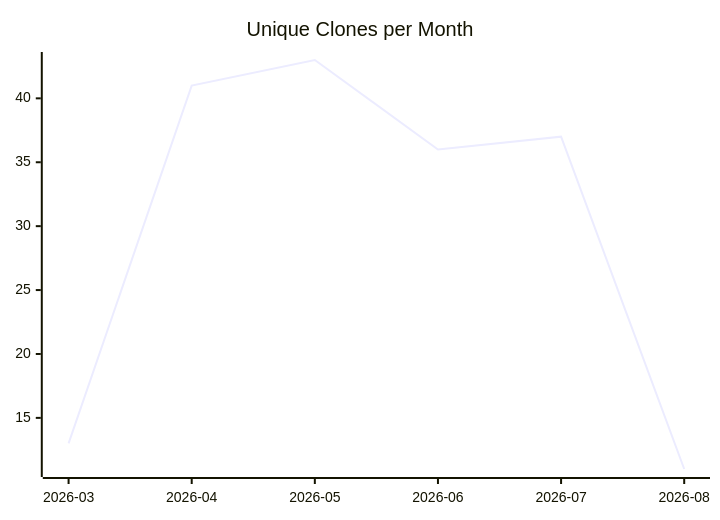
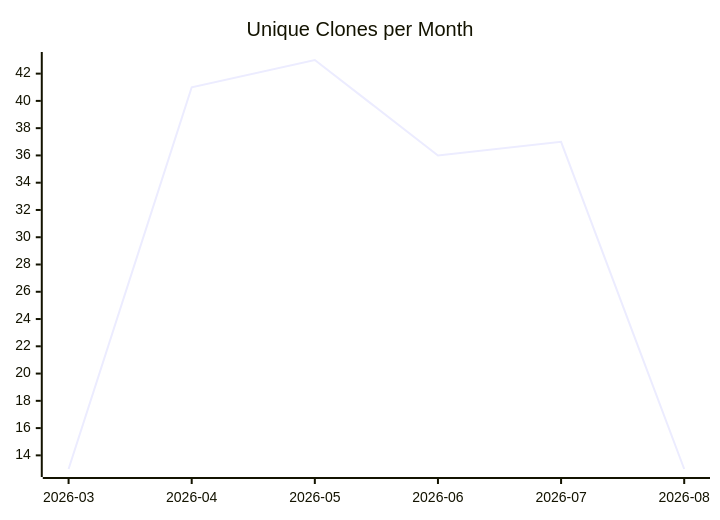
One commit to justdavis-family/github-analytics-data changed the third of 3 diagrams in karlmdavis/usgs-water-api-java/README.md. Above: the diagram before and after it, drawn with Mermaid. The commit also changed other lines of this file and 154 other files, not shown here.

````diff
--- a/karlmdavis/usgs-water-api-java/README.md
+++ b/karlmdavis/usgs-water-api-java/README.md
@@ -19,6 +19,6 @@
 ```mermaid
 xychart-beta
   title "Unique Clones per Month"
   x-axis ["2026-03", "2026-04", "2026-05", "2026-06", "2026-07", "2026-08"]
-  line [13, 41, 43, 36, 37, 11]
+  line [13, 41, 43, 36, 37, 13]
 ```
````
